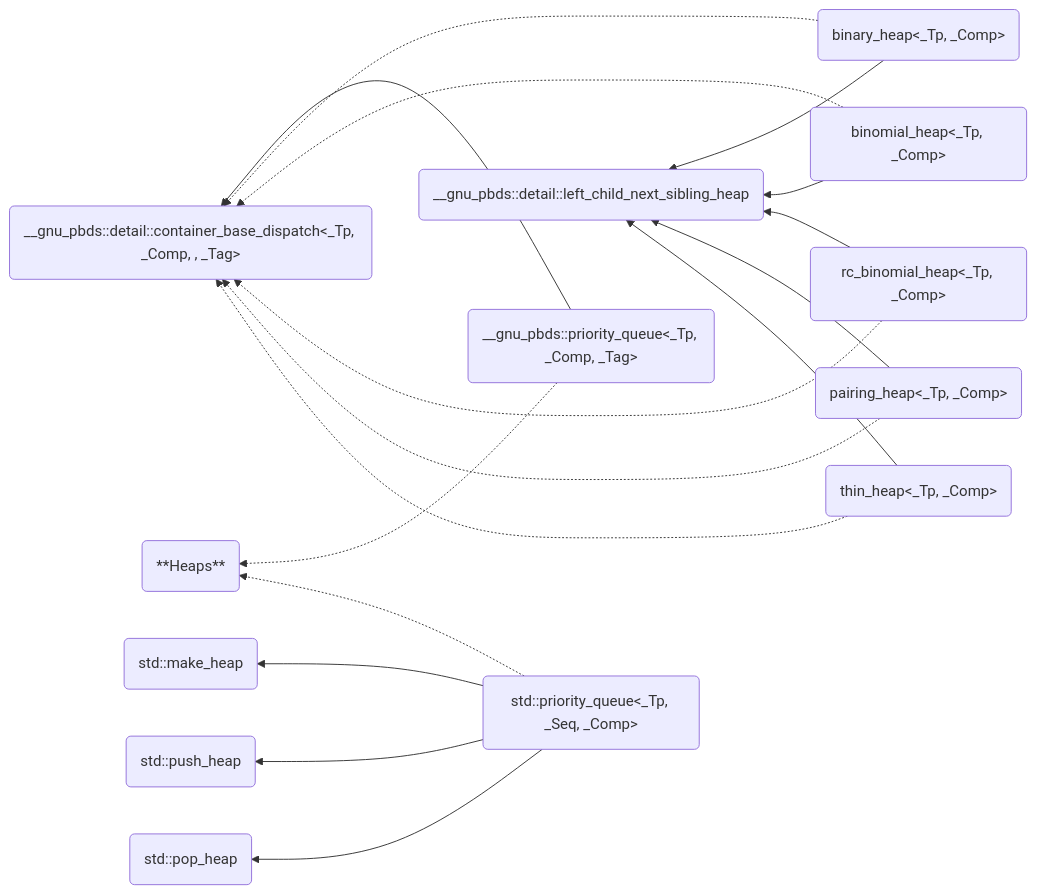
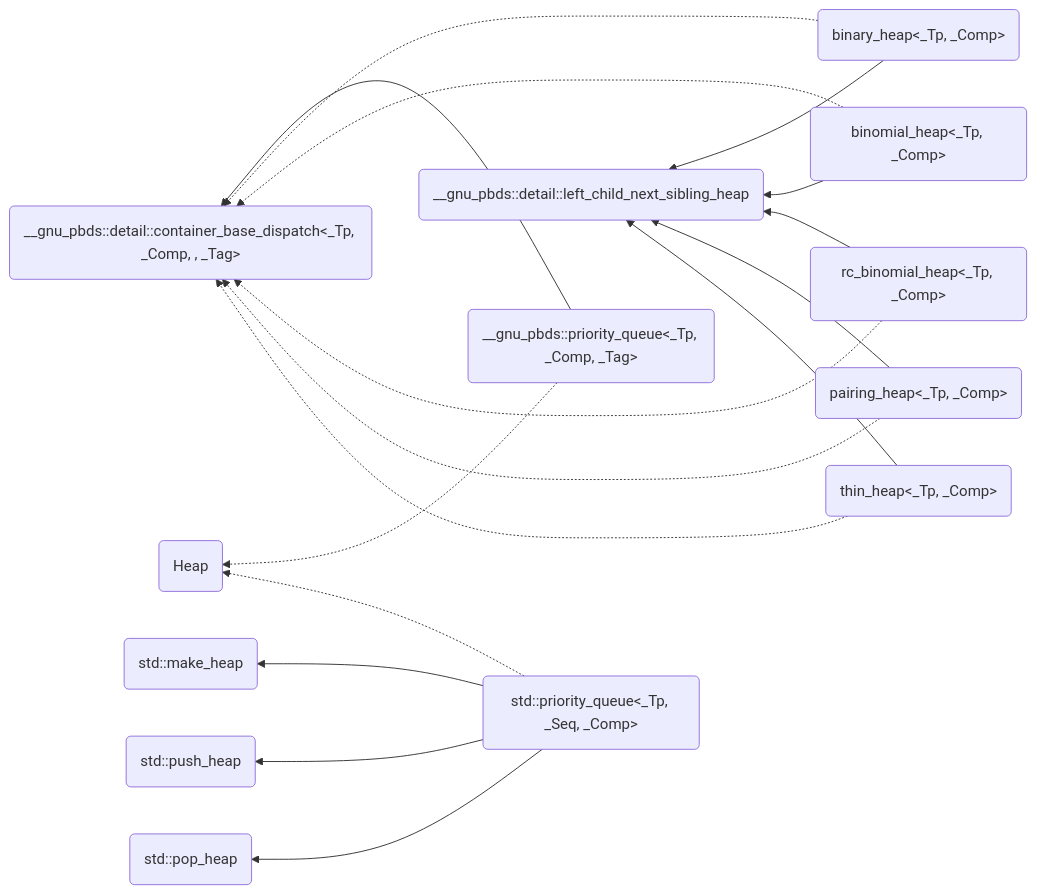
The diagram in doc/priority_queue.md (AsherJingkongChen/ds-assign4), drawn with Mermaid before and after one commit.

Commit message:
Asher Chen commited at 2022-12-28_12-45-58

````diff
--- a/doc/priority_queue.md
+++ b/doc/priority_queue.md
@@ -3,43 +3,43 @@
 ```mermaid
 graph RL;
-heap(**Heaps**);
+heap(Heap);
 gpq(__gnu_pbds::priority_queue<_Tp, _Comp, _Tag>);
 spq(std::priority_queue<_Tp, _Seq, _Comp>);
 make(std::make_heap);
 push(std::push_heap);
 pop(std::pop_heap);
 binhp(binary_heap<_Tp, _Comp>);
 bimhp(binomial_heap<_Tp, _Comp>);
 pahp(pairing_heap<_Tp, _Comp>);
 rbimhp(rc_binomial_heap<_Tp, _Comp>);
 thinhp(thin_heap<_Tp, _Comp>);
 gcbase(__gnu_pbds::detail::container_base_dispatch<_Tp, _Comp, , _Tag>);
 lcnsh(__gnu_pbds::detail::left_child_next_sibling_heap);
 
 gpq .-> heap;
 spq .-> heap;
 
 spq --> make;
 spq --> push;
 spq --> pop;
 
 gpq --> gcbase;
 binhp ..-> gcbase;
 binhp --> lcnsh;
 bimhp ..-> gcbase;
 bimhp --> lcnsh;
 rbimhp ..-> gcbase;
 rbimhp --> lcnsh;
 pahp ..-> gcbase;
 pahp --> lcnsh;
 thinhp ..-> gcbase;
 thinhp --> lcnsh;
 
 click spq "https://gcc.gnu.org/onlinedocs/gcc-12.2.0/libstdc++/api/a08762.html";
 click make "https://gcc.gnu.org/onlinedocs/gcc-12.2.0/libstdc++/api/a01614.html#ga2a685c934e85086e5ac372026e8064f6";
 click push "https://gcc.gnu.org/onlinedocs/gcc-12.2.0/libstdc++/api/a01614.html#ga0a57ba46981d46e0f3ebd4703d0ad18b";
 click pop "https://gcc.gnu.org/onlinedocs/gcc-12.2.0/libstdc++/api/a01614.html#gab628ce505c9574f8929a0fa49ed514b3";
 click gpq "https://gcc.gnu.org/onlinedocs/gcc-12.2.0/libstdc++/api/a12902.html";
 click gcbase "https://gcc.gnu.org/onlinedocs/gcc-12.2.0/libstdc++/api/a13070.html";
 
 ```
````
